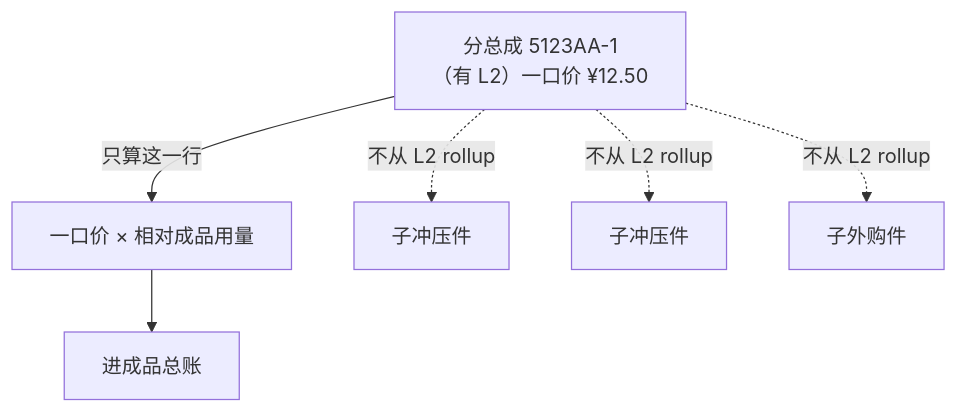
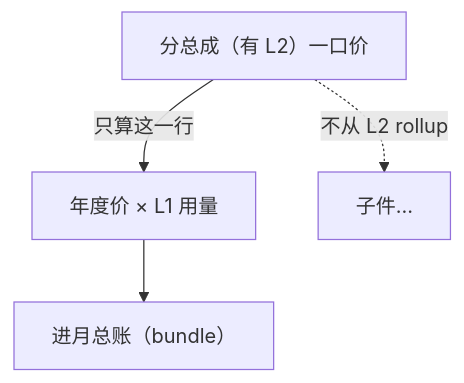
The fifth of 7 diagrams in docs/l0-assembly-costing-design.md (pulinzhang/structure-costing-platform), drawn with Mermaid before and after one commit. The commit also changed other lines of this file and 34 other files, not shown here.

````diff
--- a/docs/l0-assembly-costing-design.md
+++ b/docs/l0-assembly-costing-design.md
@@ -156,9 +224,7 @@
 ```mermaid
 flowchart TB
-    L1["分总成 5123AA-1\n（有 L2）一口价 ¥12.50"]
-    L1 -->|"只算这一行"| ONE["一口价 × 相对成品用量"]
-    L1 -.->|"不从 L2 rollup"| X1["子冲压件"]
-    L1 -.->|"不从 L2 rollup"| X2["子冲压件"]
-    L1 -.->|"不从 L2 rollup"| X3["子外购件"]
-    ONE --> SUM["进成品总账"]
+    L1["分总成（有 L2）一口价"]
+    L1 -->|"只算这一行"| ONE["年度价 × L1 用量"]
+    L1 -.->|"不从 L2 rollup"| X["子件…"]
+    ONE --> SUM["进月总账（bundle）"]
 ```
````
